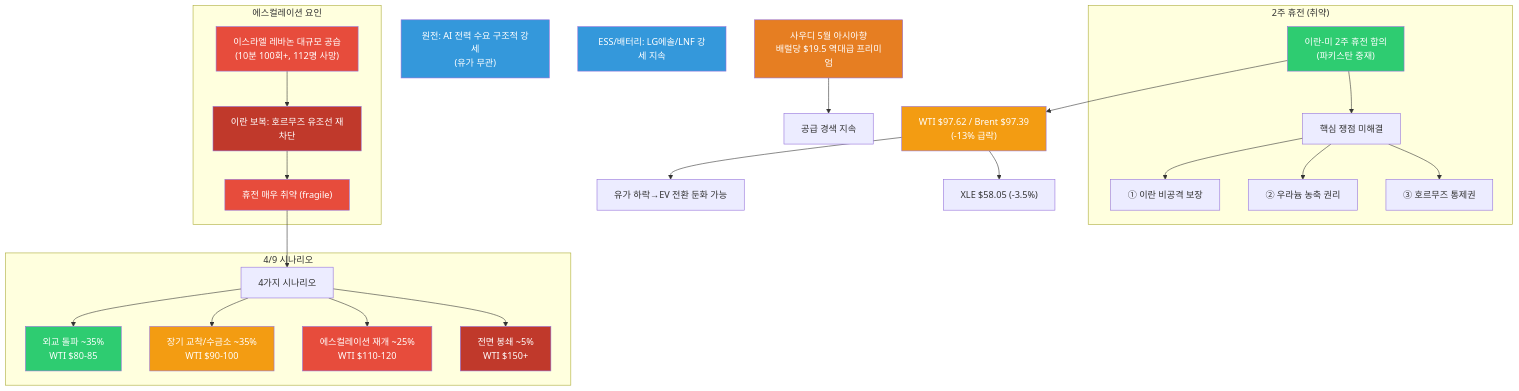
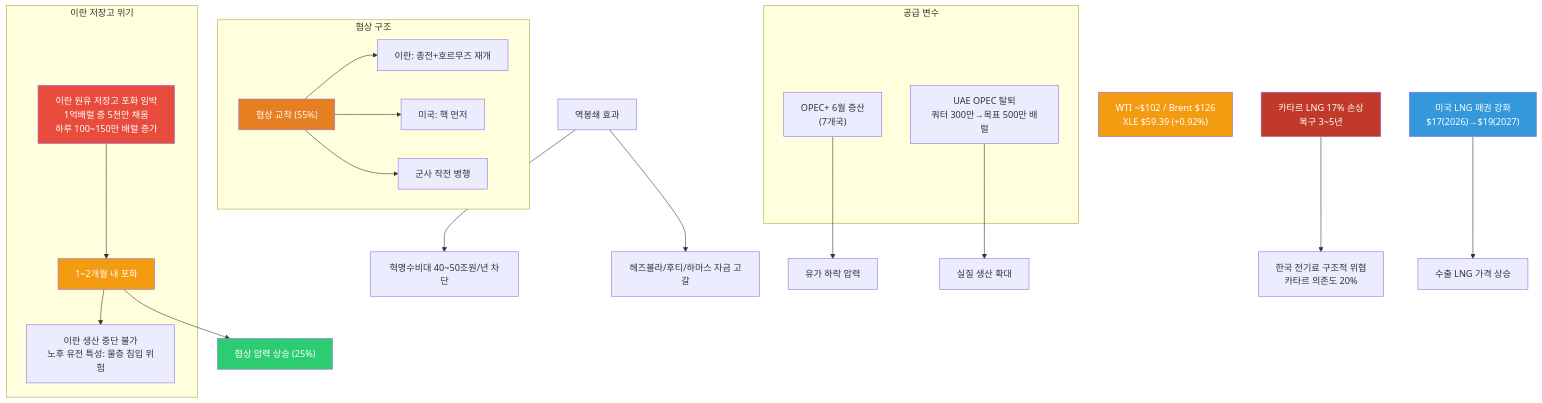
Before and after one commit to dss99911/dss99911.github.io: the first of 11 diagrams in _posts/knowledge/invest/2026-03-07-energy-sector-outlook-2026.md, drawn with Mermaid. The commit also changed other lines of this file and 2 other files, not shown here.

````diff
--- a/_posts/knowledge/invest/2026-03-07-energy-sector-outlook-2026.md
+++ b/_posts/knowledge/invest/2026-03-07-energy-sector-outlook-2026.md
@@ -48,59 +46,47 @@
 ```mermaid
 graph TD
-    A["이란-미 2주 휴전 합의<br/>#40;파키스탄 중재#41;"] --> B["WTI $97.62 / Brent $97.39<br/>#40;-13% 급락#41;"]
-    A --> C["핵심 쟁점 미해결"]
-    C --> C1["① 이란 비공격 보장"]
-    C --> C2["② 우라늄 농축 권리"]
-    C --> C3["③ 호르무즈 통제권"]
+    A["이란 원유 저장고 포화 임박<br/>1억배럴 중 5천만 채움<br/>하루 100~150만 배럴 증가"] --> B["1~2개월 내 포화"]
+    B --> C["협상 압력 상승 #40;25%#41;"]
+    B --> D["이란 생산 중단 불가<br/>노후 유전 특성: 물층 침입 위험"]
 
-    D["이스라엘 레바논 대규모 공습<br/>#40;10분 100회+, 112명 사망#41;"] --> E["이란 보복: 호르무즈 유조선 재차단"]
-    E --> F["휴전 매우 취약 #40;fragile#41;"]
-    F --> G["4가지 시나리오"]
-    G --> G1["외교 돌파 ~35%<br/>WTI $80-85"]
-    G --> G2["장기 교착/수금소 ~35%<br/>WTI $90-100"]
-    G --> G3["에스컬레이션 재개 ~25%<br/>WTI $110-120"]
-    G --> G4["전면 봉쇄 ~5%<br/>WTI $150+"]
+    E["협상 교착 #40;55%#41;"] --> E1["이란: 종전+호르무즈 재개"]
+    E --> E2["미국: 핵 먼저"]
+    E --> E3["군사 작전 병행"]
 
-    H["사우디 5월 아시아향<br/>배럴당 $19.5 역대급 프리미엄"] --> I["공급 경색 지속"]
+    F["역봉쇄 효과"] --> F1["혁명수비대 40~50조원/년 차단"]
+    F --> F2["헤즈볼라/후티/하마스 자금 고갈"]
 
-    B --> J["유가 하락→EV 전환 둔화 가능"]
-    B --> K["XLE $58.05 #40;-3.5%#41;"]
+    G["OPEC+ 6월 증산<br/>#40;7개국#41;"] --> H["유가 하락 압력"]
+    I["UAE OPEC 탈퇴<br/>쿼터 300만→목표 500만 배럴"] --> J["실질 생산 확대"]
 
-    L["원전: AI 전력 수요 구조적 강세<br/>#40;유가 무관#41;"]
-    M["ESS/배터리: LG에솔/LNF 강세 지속"]
+    K["카타르 LNG 17% 손상<br/>복구 3~5년"] --> L["한국 전기료 구조적 위협<br/>카타르 의존도 20%"]
+    M["미국 LNG 패권 강화<br/>$17#40;2026#41;→$19#40;2027#41;"] --> N["수출 LNG 가격 상승"]
 
-    subgraph ceasefire["2주 휴전 #40;취약#41;"]
+    O["WTI ~$102 / Brent $126<br/>XLE $59.39 #40;+0.92%#41;"]
+
+    subgraph storage["이란 저장고 위기"]
         A
-        C
-        C1
-        C2
-        C3
+        B
+        D
     end
 
-    subgraph escalation["에스컬레이션 요인"]
-        D
+    subgraph negotiation["협상 구조"]
         E
-        F
+        E1
+        E2
+        E3
     end
 
-    subgraph scenarios["4/9 시나리오"]
+    subgraph supply["공급 변수"]
         G
-        G1
-        G2
-        G3
-        G4
+        I
     end
 
-    style A fill:#2ecc71,color:#fff
-    style D fill:#e74c3c,color:#fff
-    style E fill:#c0392b,color:#fff
-    style F fill:#e74c3c,color:#fff
+    style A fill:#e74c3c,color:#fff
     style B fill:#f39c12,color:#fff
-    style H fill:#e67e22,color:#fff
-    style G3 fill:#e74c3c,color:#fff
-    style G4 fill:#c0392b,color:#fff
-    style G1 fill:#2ecc71,color:#fff
-    style G2 fill:#f39c12,color:#fff
-    style L fill:#3498db,color:#fff
+    style E fill:#e67e22,color:#fff
+    style C fill:#2ecc71,color:#fff
+    style K fill:#c0392b,color:#fff
     style M fill:#3498db,color:#fff
+    style O fill:#f39c12,color:#fff
 ```
````
